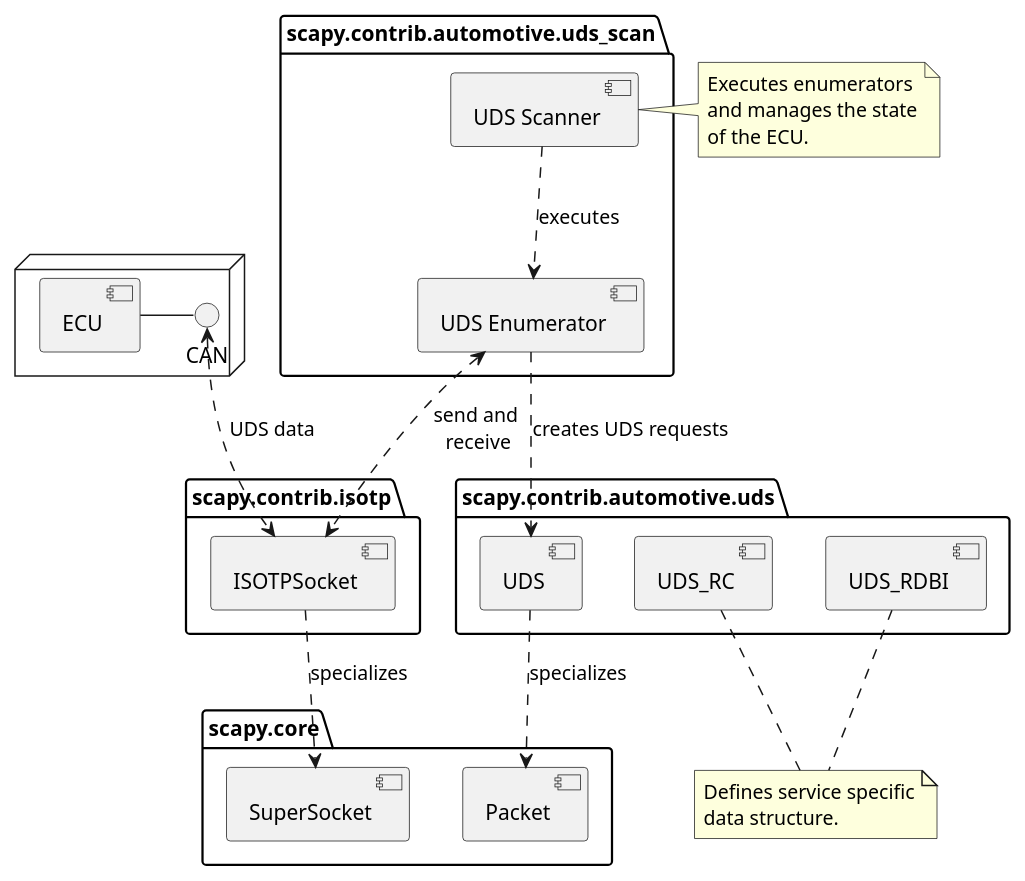
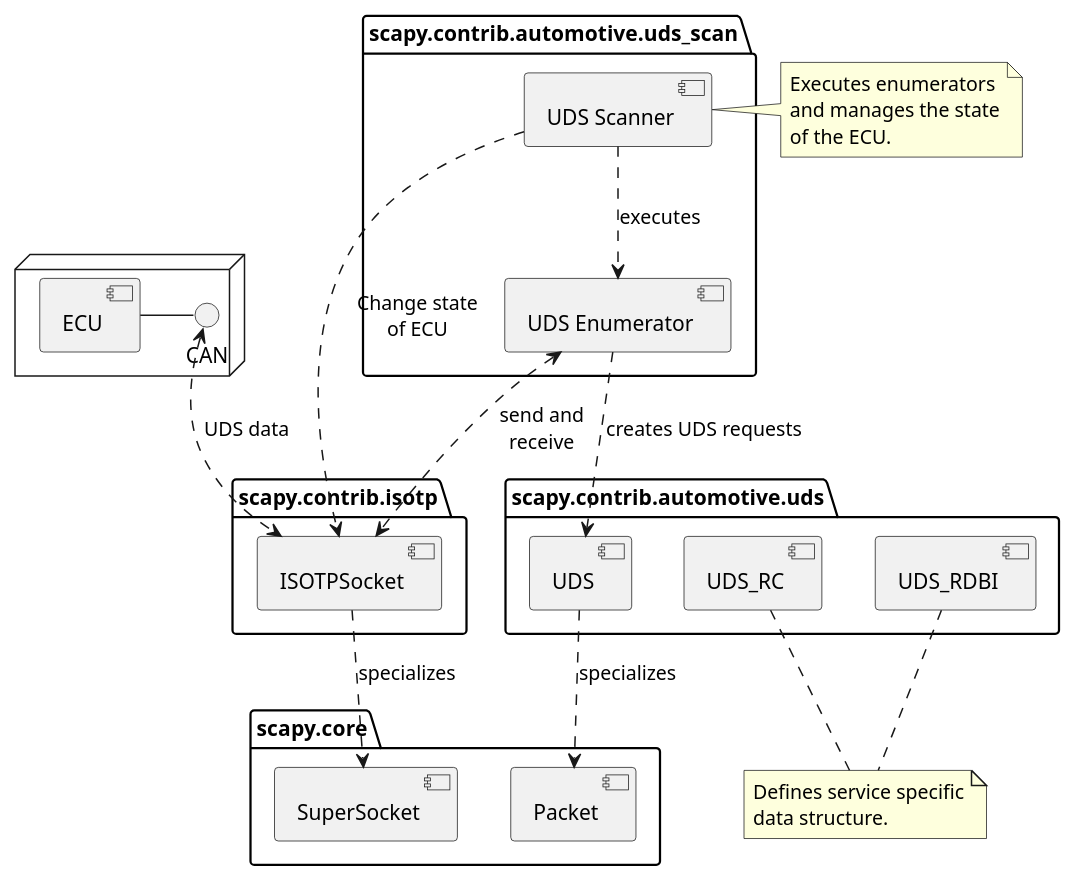
One commit to akorb/bachelor-thesis changed the diagram in images/uml/context.puml. Above: the diagram before and after it, drawn with PlantUML. The commit also changed 2 other files, not shown here.

Commit message:
Add "Change state of ECU" edge

```diff
--- a/images/uml/context.puml
+++ b/images/uml/context.puml
@@ -1,52 +1,53 @@
 @startuml
 
 package "scapy.core" {
     [Packet]
     [SuperSocket]
 }
 
 package "scapy.contrib.isotp" {
     [ISOTPSocket] ..> [SuperSocket] : specializes
 }
 
 package "scapy.contrib.automotive.uds" {
     [UDS]
     [UDS_RC]
     [UDS_RDBI]
 }
 
 [UDS] ..> [Packet] : specializes 
 
 package "scapy.contrib.automotive.uds_scan" {
     [UDS Scanner] ..> [UDS Enumerator] : executes
-    [UDS Enumerator] <..> [ISOTPSocket] : send and\n receive
+    [UDS Enumerator] <..> [ISOTPSocket] : send and\nreceive
 
     [UDS Enumerator] ..> [UDS] : creates UDS requests
 }
 
 node {
     [ECU] - CAN
 }
 [ISOTPSocket] <.up.> CAN : UDS data
+[UDS Scanner] ..> [ISOTPSocket] : Change state\nof ECU
 
 note left of [UDS Scanner]
 Executes enumerators
 and manages the state
 of the ECU.
 end note
 
 
 note as N1
 Defines service specific
 data structure.
 end note
 
 'note right of [ISOTPSocket]
 'To exchange data
 'with the ECU.
 'end note
 
 [UDS_RDBI] .. N1
 [UDS_RC] .. N1
 
 @enduml
```
